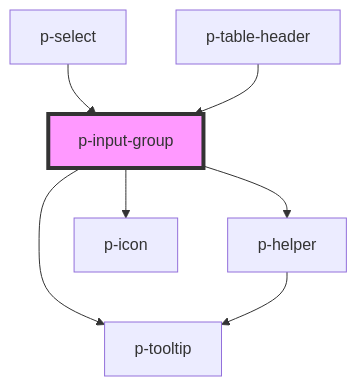
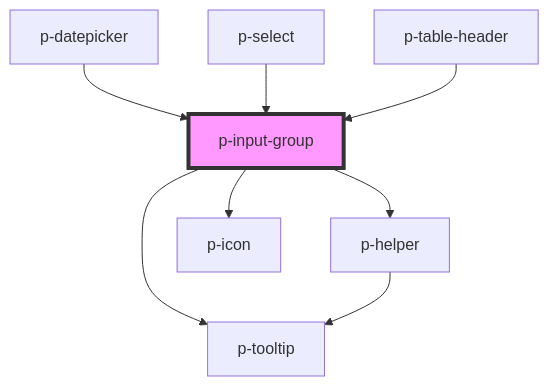
The diagram in packages/core/src/components/molecules/input-group/readme.md (Employes/paperless), drawn with Mermaid before and after one commit. The commit also changed other lines of this file and 10 other files, not shown here.

````diff
--- a/packages/core/src/components/molecules/input-group/readme.md
+++ b/packages/core/src/components/molecules/input-group/readme.md
@@ -41,10 +42,11 @@
 ```mermaid
 graph TD;
   p-input-group --> p-helper
   p-input-group --> p-icon
   p-input-group --> p-tooltip
   p-helper --> p-tooltip
+  p-datepicker --> p-input-group
   p-select --> p-input-group
   p-table-header --> p-input-group
   style p-input-group fill:#f9f,stroke:#333,stroke-width:4px
 ```
````
